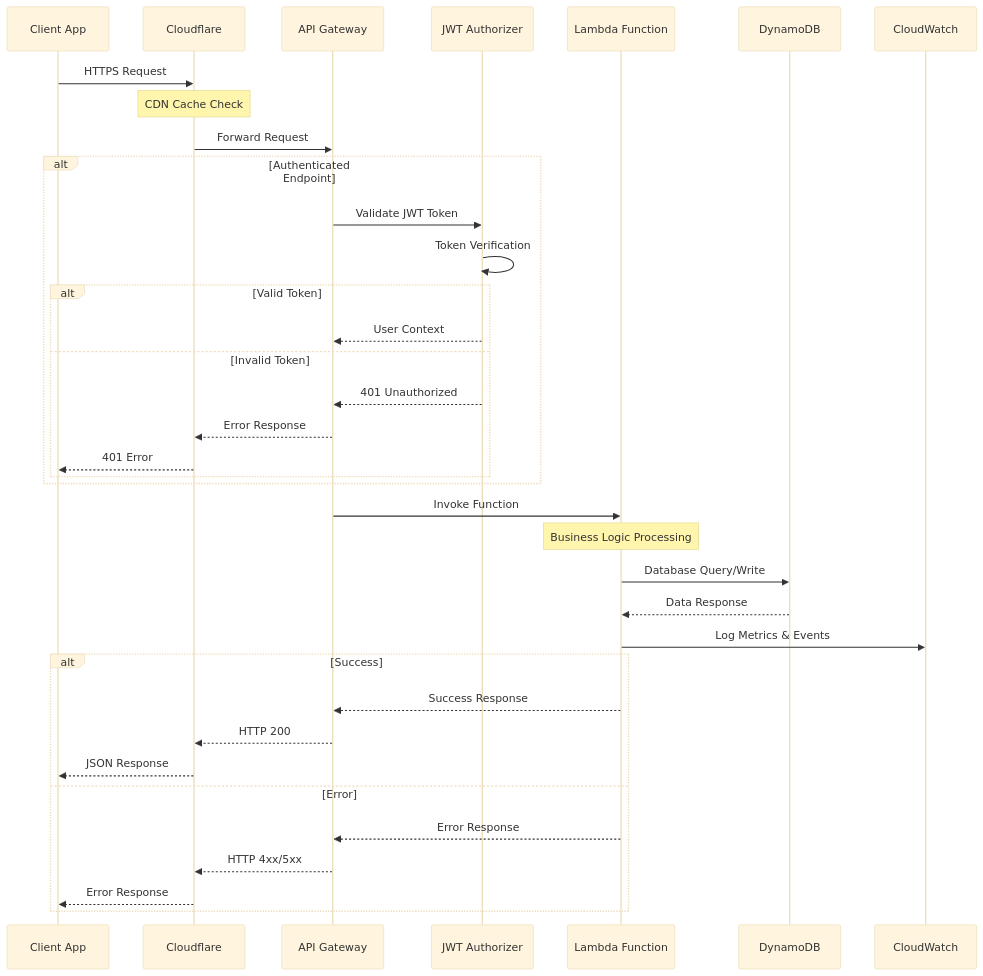
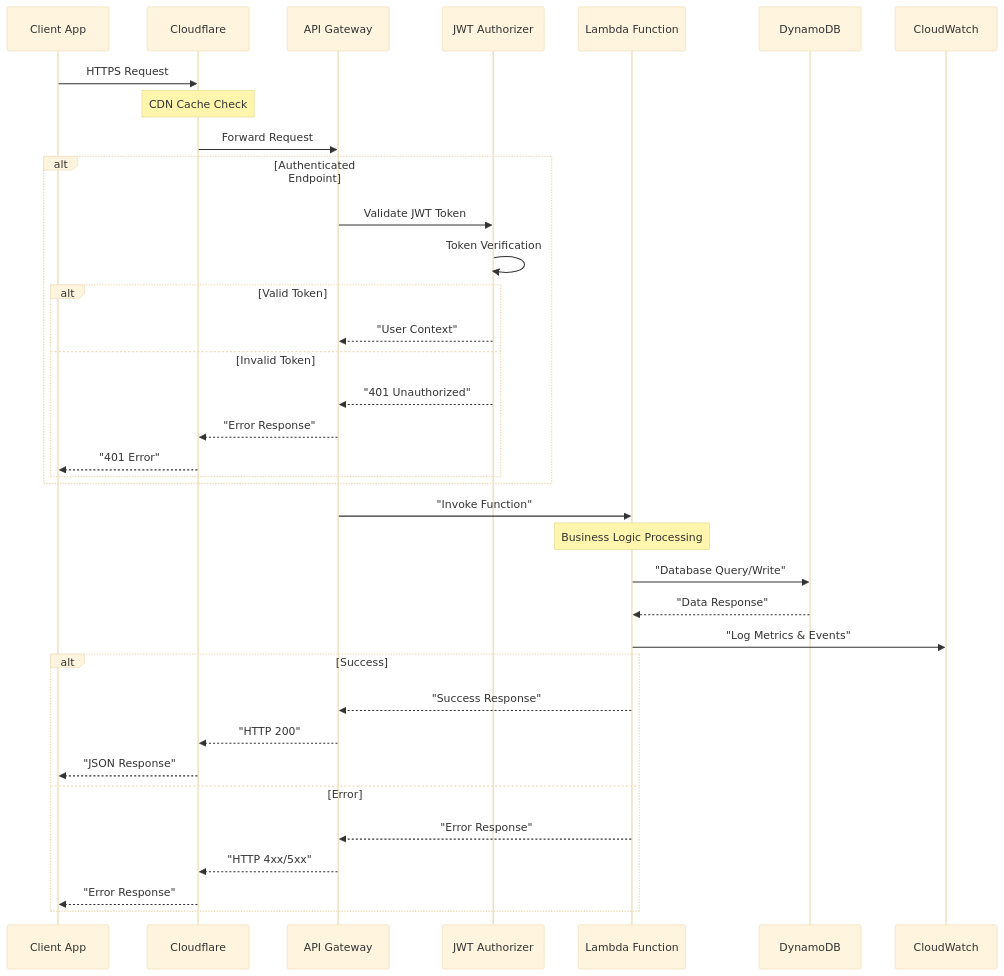
The second of 7 diagrams in docs/architecture/api-architecture.md (felixep/harborlist-marketplace), drawn with Mermaid (base theme) before and after one commit. The commit also changed other lines of this file and 8 other files, not shown here.

First line of the commit message:
🔧 Fix Mermaid diagram rendering issues while preserving layouts

````diff
--- a/docs/architecture/api-architecture.md
+++ b/docs/architecture/api-architecture.md
@@ -87,44 +87,44 @@
 ```mermaid
 sequenceDiagram
     participant Client as Client App
     participant CF as Cloudflare
     participant APIGW as API Gateway
     participant Auth as JWT Authorizer
     participant Lambda as Lambda Function
     participant DDB as DynamoDB
     participant CW as CloudWatch
     
     Client->>CF: HTTPS Request
     Note over CF: CDN Cache Check
     CF->>APIGW: Forward Request
     
     alt Authenticated Endpoint
         APIGW->>Auth: Validate JWT Token
         Auth->>Auth: Token Verification
         alt Valid Token
-            Auth-->>APIGW: User Context
+            Auth-->>APIGW: "User Context"
         else Invalid Token
-            Auth-->>APIGW: 401 Unauthorized
-            APIGW-->>CF: Error Response
-            CF-->>Client: 401 Error
+            Auth-->>APIGW: "401 Unauthorized"
+            APIGW-->>CF: "Error Response"
+            CF-->>Client: "401 Error"
         end
     end
     
-    APIGW->>Lambda: Invoke Function
+    APIGW->>Lambda: "Invoke Function"
     Note over Lambda: Business Logic Processing
     
-    Lambda->>DDB: Database Query/Write
-    DDB-->>Lambda: Data Response
+    Lambda->>DDB: "Database Query/Write"
+    DDB-->>Lambda: "Data Response"
     
-    Lambda->>CW: Log Metrics & Events
+    Lambda->>CW: "Log Metrics & Events"
     
     alt Success
-        Lambda-->>APIGW: Success Response
-        APIGW-->>CF: HTTP 200
-        CF-->>Client: JSON Response
+        Lambda-->>APIGW: "Success Response"
+        APIGW-->>CF: "HTTP 200"
+        CF-->>Client: "JSON Response"
     else Error
-        Lambda-->>APIGW: Error Response
-        APIGW-->>CF: HTTP 4xx/5xx
-        CF-->>Client: Error Response
+        Lambda-->>APIGW: "Error Response"
+        APIGW-->>CF: "HTTP 4xx/5xx"
+        CF-->>Client: "Error Response"
     end
 ```
````
